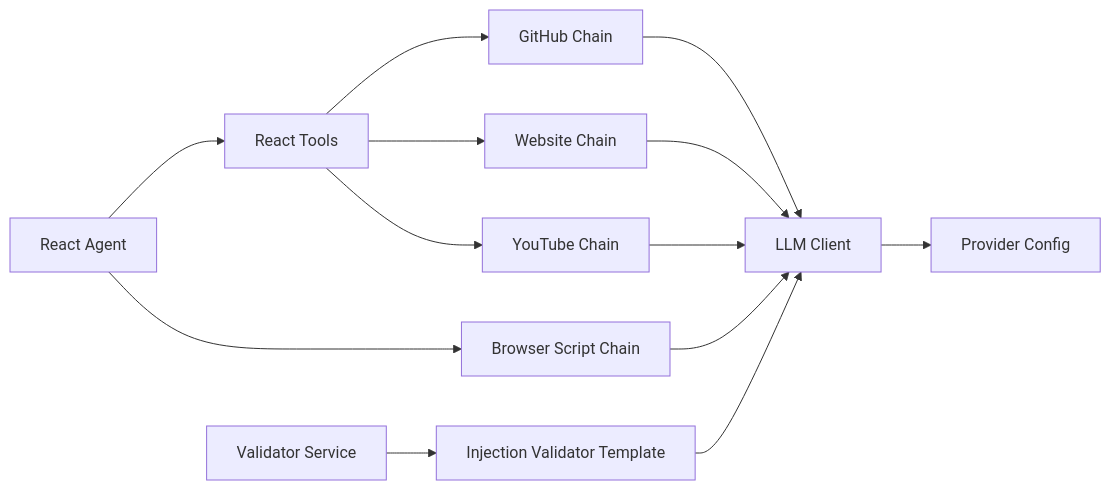
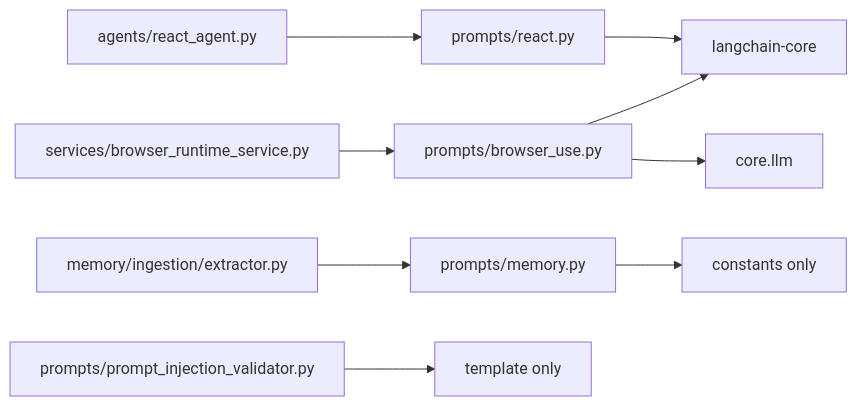
One commit to tashifkhan/tashif.codes changed the seventh of 7 diagrams in src/data/docs/agentic-browser/AI Agent System/Prompt Engineering System.md. Above: the diagram before and after it, drawn with Mermaid. The commit also changed other lines of this file and 114 other files, not shown here.

````diff
--- a/src/data/docs/agentic-browser/AI Agent System/Prompt Engineering System.md
+++ b/src/data/docs/agentic-browser/AI Agent System/Prompt Engineering System.md
@@ -237,15 +166,11 @@
 ```mermaid
 graph LR
-RA["React Agent"] --> RT["React Tools"]
-RT --> GH["GitHub Chain"]
-RT --> WT["Website Chain"]
-RT --> YT["YouTube Chain"]
-RA --> BR["Browser Script Chain"]
-SV["Validator Service"] --> PV["Injection Validator Template"]
-GH --> LLM["LLM Client"]
-WT --> LLM
-YT --> LLM
-BR --> LLM
-PV --> LLM
-LLM --> CFG["Provider Config"]
+  PR["prompts/react.py"] --> LC["langchain-core"]
+  PB["prompts/browser_use.py"] --> LLM["core.llm"]
+  PB --> LC
+  PM["prompts/memory.py"] --> NONE["constants only"]
+  PV["prompts/prompt_injection_validator.py"] --> NONE2["template only"]
+  RA["agents/react_agent.py"] --> PR
+  BR["services/browser_runtime_service.py"] --> PB
+  MI["memory/ingestion/extractor.py"] --> PM
 ```
````
